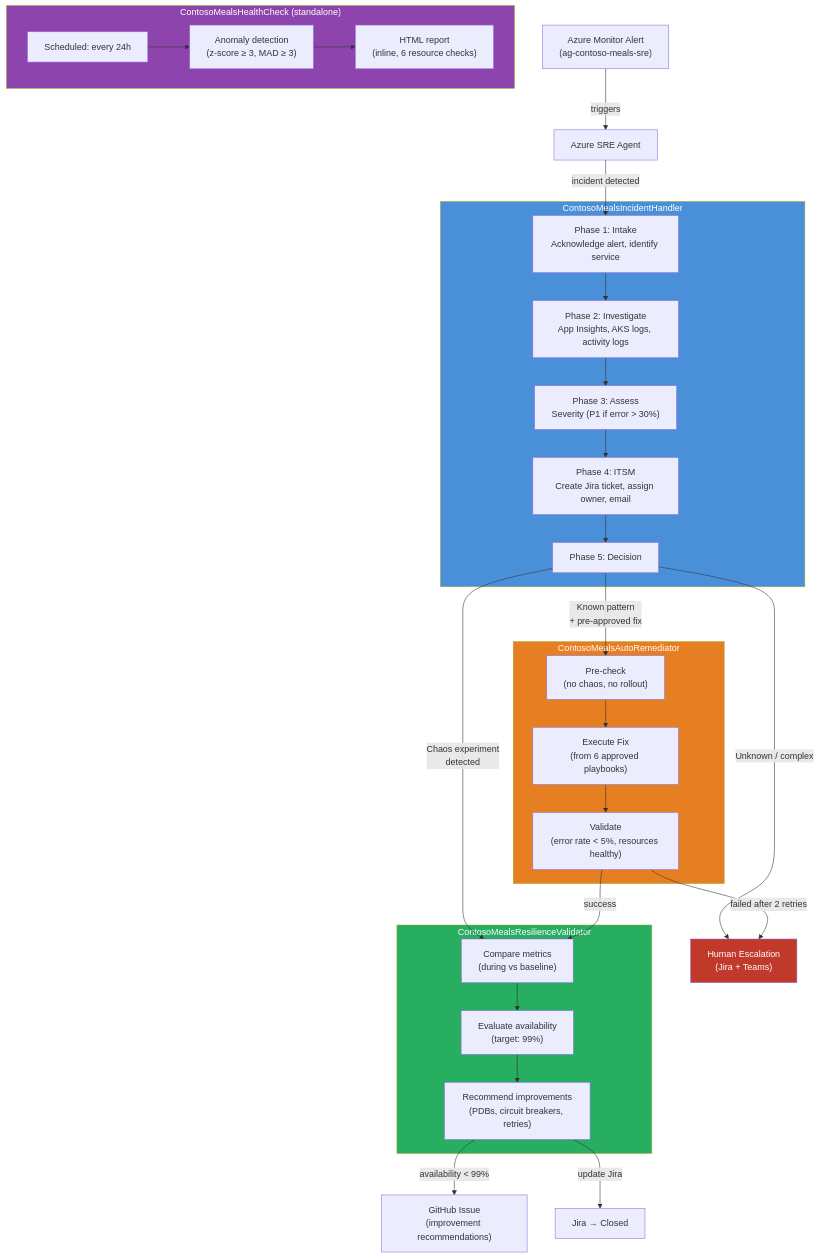
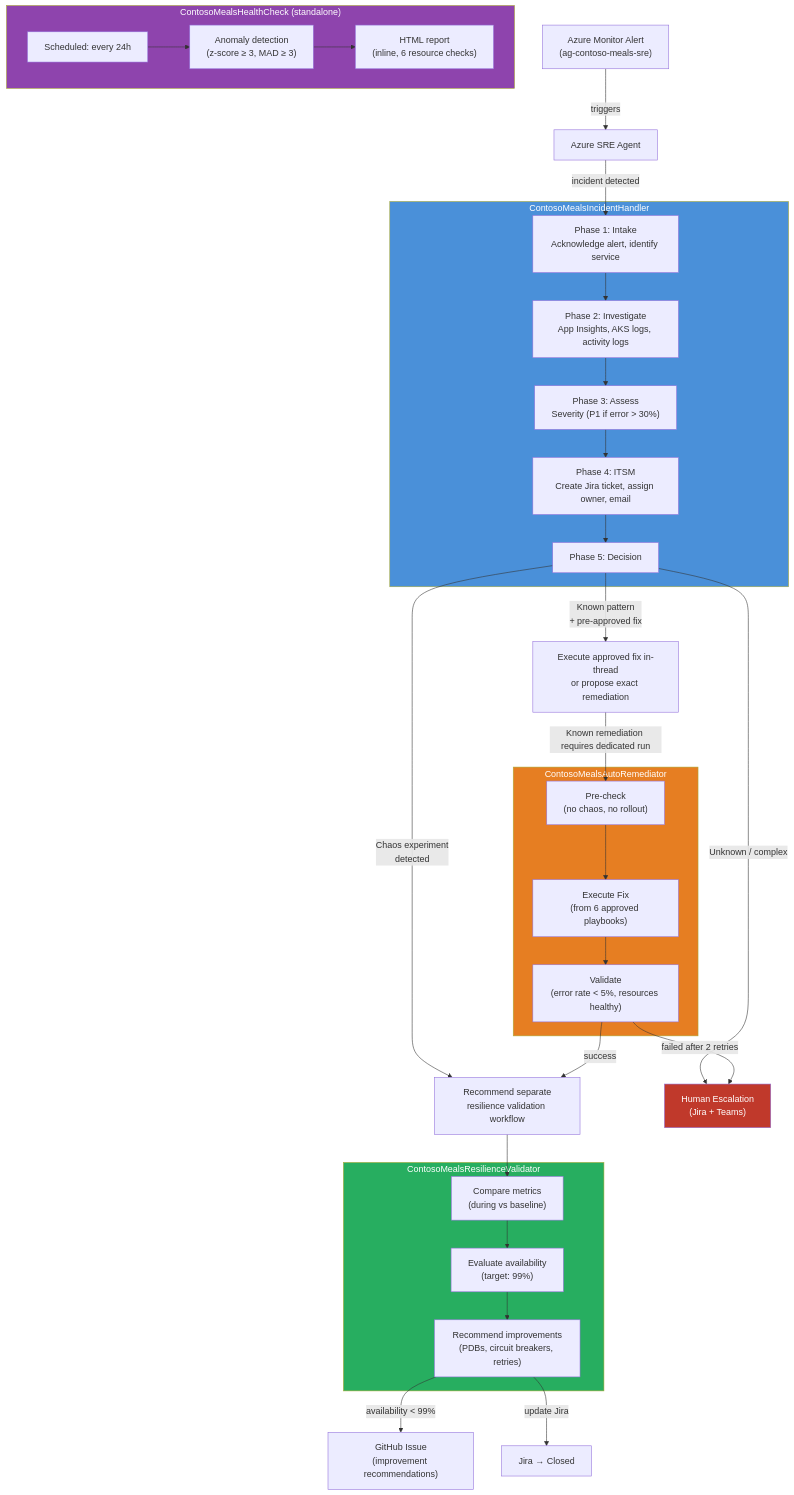
One commit to san360/azure-sre changed the fourth of 8 diagrams in docs/sre-architecture.md. Above: the diagram before and after it, drawn with Mermaid. The commit also changed other lines of this file and 12 other files, not shown here.

First line of the commit message:
Refactor auto-remediation proposal and incident response architecture

````diff
--- a/docs/sre-architecture.md
+++ b/docs/sre-architecture.md
@@ -179,51 +179,54 @@
 ```mermaid
 graph TD
     ALERT["Azure Monitor Alert<br/>(ag-contoso-meals-sre)"] -->|triggers| SREA["Azure SRE Agent"]
     SREA -->|"incident detected"| IH
 
     subgraph IH_BOX["ContosoMealsIncidentHandler"]
         IH["Phase 1: Intake<br/>Acknowledge alert, identify service"]
         IH2["Phase 2: Investigate<br/>App Insights, AKS logs, activity logs"]
         IH3["Phase 3: Assess<br/>Severity (P1 if error > 30%)"]
         IH4["Phase 4: ITSM<br/>Create Jira ticket, assign owner, email"]
         IH5["Phase 5: Decision"]
         IH --> IH2 --> IH3 --> IH4 --> IH5
     end
 
-    IH5 -->|"Known pattern<br/>+ pre-approved fix"| AR
-    IH5 -->|"Chaos experiment<br/>detected"| RV
+    IH5 -->|"Known pattern<br/>+ pre-approved fix"| FIX["Execute approved fix in-thread<br/>or propose exact remediation"]
+    IH5 -->|"Chaos experiment<br/>detected"| FOLLOWUP["Recommend separate<br/>resilience validation workflow"]
     IH5 -->|"Unknown / complex"| HUMAN["Human Escalation<br/>(Jira + Teams)"]
 
     subgraph AR_BOX["ContosoMealsAutoRemediator"]
         AR["Pre-check<br/>(no chaos, no rollout)"]
         AR2["Execute Fix<br/>(from 6 approved playbooks)"]
         AR3["Validate<br/>(error rate < 5%, resources healthy)"]
         AR --> AR2 --> AR3
     end
 
-    AR3 -->|"success"| RV
+    FIX -->|"Known remediation requires dedicated run"| AR
     AR3 -->|"failed after 2 retries"| HUMAN
+    AR3 -->|"success"| FOLLOWUP
 
     subgraph RV_BOX["ContosoMealsResilienceValidator"]
         RV["Compare metrics<br/>(during vs baseline)"]
         RV2["Evaluate availability<br/>(target: 99%)"]
         RV3["Recommend improvements<br/>(PDBs, circuit breakers, retries)"]
         RV --> RV2 --> RV3
     end
+
+    FOLLOWUP --> RV
 
     RV3 -->|"availability < 99%"| GHISSUE["GitHub Issue<br/>(improvement recommendations)"]
     RV3 -->|"update Jira"| CLOSE["Jira → Closed"]
 
     subgraph HC_BOX["ContosoMealsHealthCheck (standalone)"]
         HC["Scheduled: every 24h"]
         HC2["Anomaly detection<br/>(z-score ≥ 3, MAD ≥ 3)"]
         HC3["HTML report<br/>(inline, 6 resource checks)"]
         HC --> HC2 --> HC3
     end
 
     style IH_BOX fill:#4a90d9,color:#fff
     style AR_BOX fill:#e67e22,color:#fff
     style RV_BOX fill:#27ae60,color:#fff
     style HC_BOX fill:#8e44ad,color:#fff
     style HUMAN fill:#c0392b,color:#fff
 ```
````
